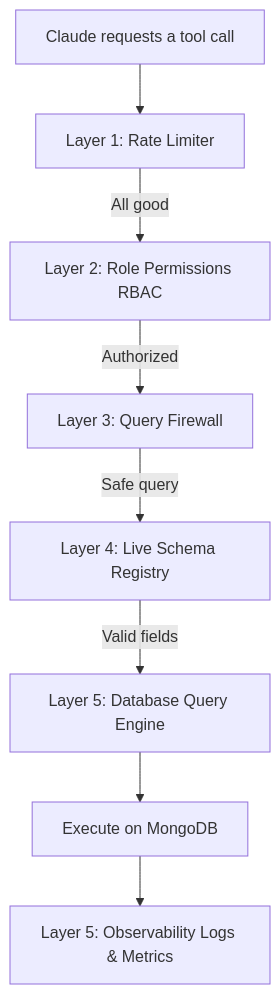
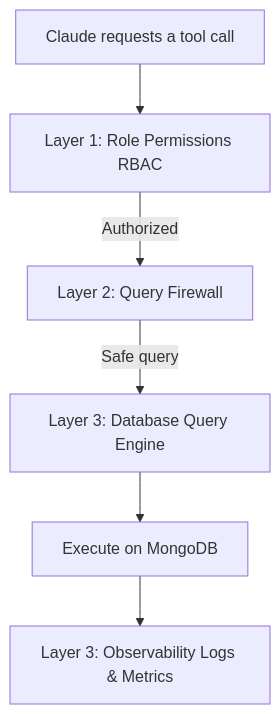
The diagram in README.md (DharhshiniVJ/mongo-mcp-pro), drawn with Mermaid before and after one commit. The commit also changed other lines of this file and 41 other files, not shown here.

````diff
--- a/README.md
+++ b/README.md
@@ -24,10 +17,8 @@
 ```mermaid
 graph TD
-    A[Claude requests a tool call] --> B[Layer 1: Rate Limiter]
-    B -->|All good| C[Layer 2: Role Permissions RBAC]
-    C -->|Authorized| D[Layer 3: Query Firewall]
-    D -->|Safe query| E[Layer 4: Live Schema Registry]
-    E -->|Valid fields| F[Layer 5: Database Query Engine]
-    F --> G[Execute on MongoDB]
-    G --> H[Layer 5: Observability Logs & Metrics]
+    A[Claude requests a tool call] --> B[Layer 1: Role Permissions RBAC]
+    B -->|Authorized| C[Layer 2: Query Firewall]
+    C -->|Safe query| D[Layer 3: Database Query Engine]
+    D --> E[Execute on MongoDB]
+    E --> F[Layer 3: Observability Logs & Metrics]
 ```
````
